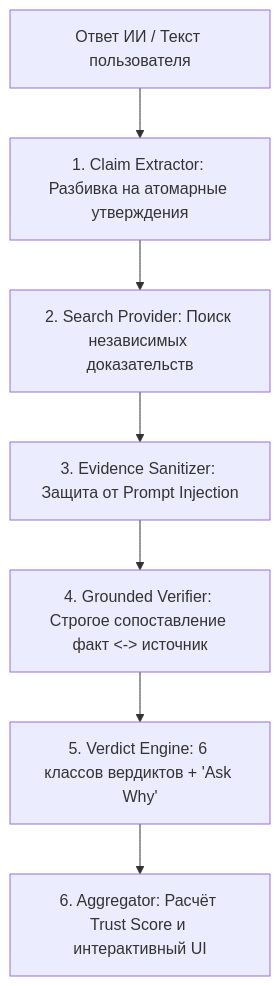
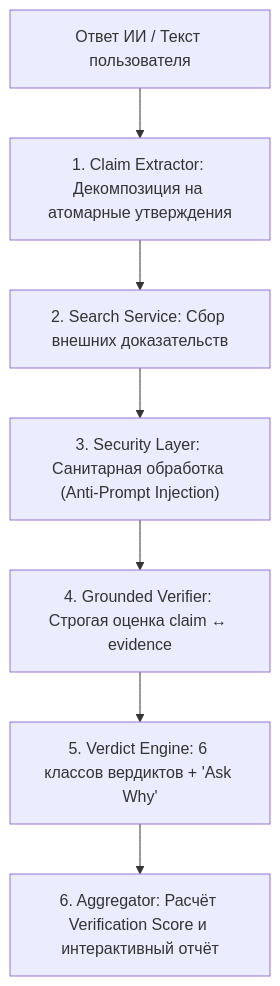
The diagram in PRESENTATION_PITCH_DECK.md (fenzit/SenimAI), drawn with Mermaid before and after one commit. The commit also changed other lines of this file, not shown here.

````diff
--- a/PRESENTATION_PITCH_DECK.md
+++ b/PRESENTATION_PITCH_DECK.md
@@ -34,9 +43,9 @@
 ```mermaid
 graph TD
-    A[Ответ ИИ / Текст пользователя] --> B[1. Claim Extractor: Разбивка на атомарные утверждения]
-    B --> C[2. Search Provider: Поиск независимых доказательств]
-    C --> D[3. Evidence Sanitizer: Защита от Prompt Injection]
-    D --> E[4. Grounded Verifier: Строгое сопоставление факт <-> источник]
-    E --> F[5. Verdict Engine: 6 классов вердиктов + 'Ask Why']
-    F --> G[6. Aggregator: Расчёт Trust Score и интерактивный UI]
+    A["Ответ ИИ / Текст пользователя"] --> B["1. Claim Extractor: Декомпозиция на атомарные утверждения"]
+    B --> C["2. Search Service: Сбор внешних доказательств"]
+    C --> D["3. Security Layer: Санитарная обработка (Anti-Prompt Injection)"]
+    D --> E["4. Grounded Verifier: Строгая оценка claim ↔ evidence"]
+    E --> F["5. Verdict Engine: 6 классов вердиктов + 'Ask Why'"]
+    F --> G["6. Aggregator: Расчёт Verification Score и интерактивный отчёт"]
 ```
````
